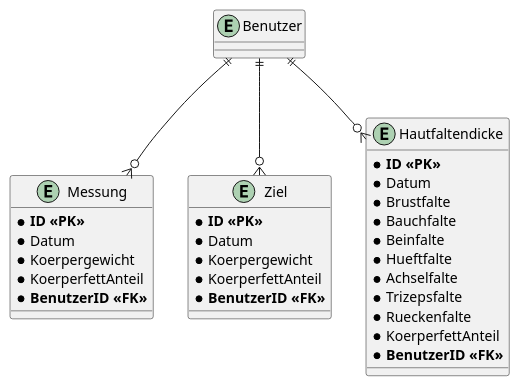
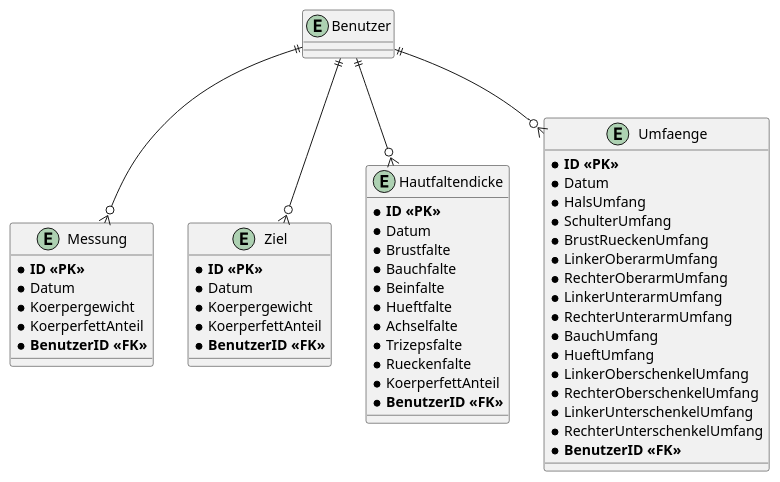
Before and after one commit to justinhada/TrainHarder: the diagram in designs/DietHarder.puml, drawn with PlantUML. The commit also changed 40 other files, not shown here.

```diff
--- a/designs/DietHarder.puml
+++ b/designs/DietHarder.puml
@@ -1,40 +1,61 @@
 @startuml
 entity Benutzer
 
 entity Messung
 {
     * **ID <<PK>>**
     * Datum
     * Koerpergewicht
     * KoerperfettAnteil
     * **BenutzerID <<FK>>**
 }
 
 entity Ziel
 {
     * **ID <<PK>>**
     * Datum
     * Koerpergewicht
     * KoerperfettAnteil
     * **BenutzerID <<FK>>**
 }
 
 entity Hautfaltendicke
 {
     * **ID <<PK>>**
     * Datum
     * Brustfalte
     * Bauchfalte
     * Beinfalte
     * Hueftfalte
     * Achselfalte
     * Trizepsfalte
     * Rueckenfalte
     * KoerperfettAnteil
     * **BenutzerID <<FK>>**
 }
 
+entity Umfaenge
+{
+    * **ID <<PK>>**
+    * Datum
+    * HalsUmfang
+    * SchulterUmfang
+    * BrustRueckenUmfang
+    * LinkerOberarmUmfang
+    * RechterOberarmUmfang
+    * LinkerUnterarmUmfang
+    * RechterUnterarmUmfang
+    * BauchUmfang
+    * HueftUmfang
+    * LinkerOberschenkelUmfang
+    * RechterOberschenkelUmfang
+    * LinkerUnterschenkelUmfang
+    * RechterUnterschenkelUmfang
+    * **BenutzerID <<FK>>**
+}
+
 Benutzer ||--o{ Messung
 Benutzer ||--o{ Ziel
 Benutzer ||--o{ Hautfaltendicke
+Benutzer ||--o{ Umfaenge
 @enduml
```
